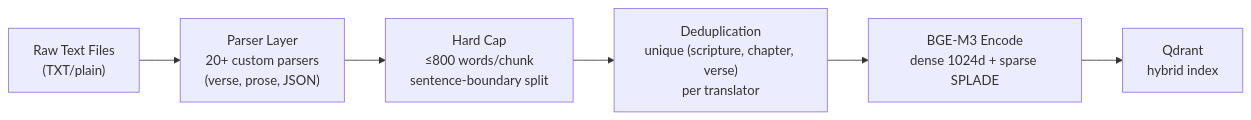
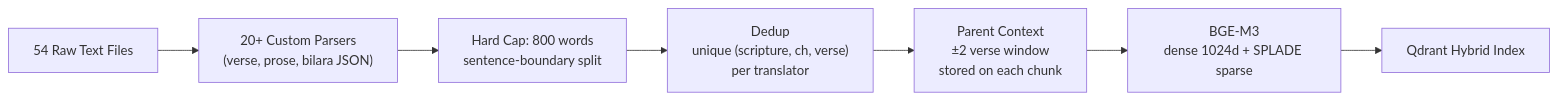
The second of 4 diagrams in ENGINEERING.md (sharanharsoor/antardarshan), drawn with Mermaid before and after one commit. The commit also changed other lines of this file and 6 other files, not shown here.

````diff
--- a/ENGINEERING.md
+++ b/ENGINEERING.md
@@ -99,11 +132,12 @@
 ```mermaid
 flowchart LR
-    Raw["Raw Text Files\n(TXT/plain)"]
-    Parse["Parser Layer\n20+ custom parsers\n(verse, prose, JSON)"]
-    Cap["Hard Cap\n≤800 words/chunk\nsentence-boundary split"]
-    Dedup["Deduplication\nunique (scripture, chapter, verse)\nper translator"]
-    Embed["BGE-M3 Encode\ndense 1024d + sparse SPLADE"]
-    Qdrant["Qdrant\nhybrid index"]
+    Raw["54 Raw Text Files"]
+    Parse["20+ Custom Parsers\n(verse, prose, bilara JSON)"]
+    Cap["Hard Cap: 800 words\nsentence-boundary split"]
+    Dedup["Dedup\nunique (scripture, ch, verse)\nper translator"]
+    Parent["Parent Context\n±2 verse window\nstored on each chunk"]
+    Embed["BGE-M3\ndense 1024d + SPLADE sparse"]
+    Qdrant["Qdrant Hybrid Index"]
 
-    Raw --> Parse --> Cap --> Dedup --> Embed --> Qdrant
+    Raw --> Parse --> Cap --> Dedup --> Parent --> Embed --> Qdrant
 ```
````
